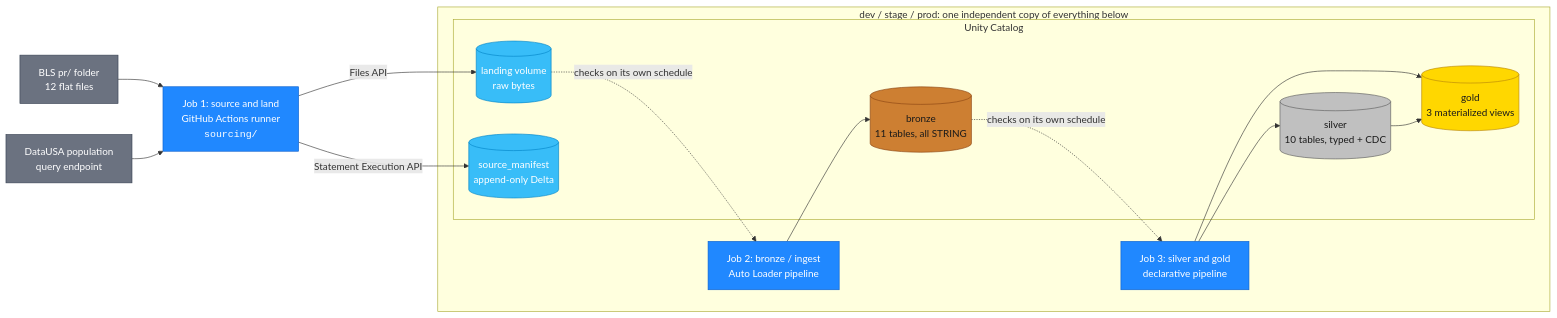
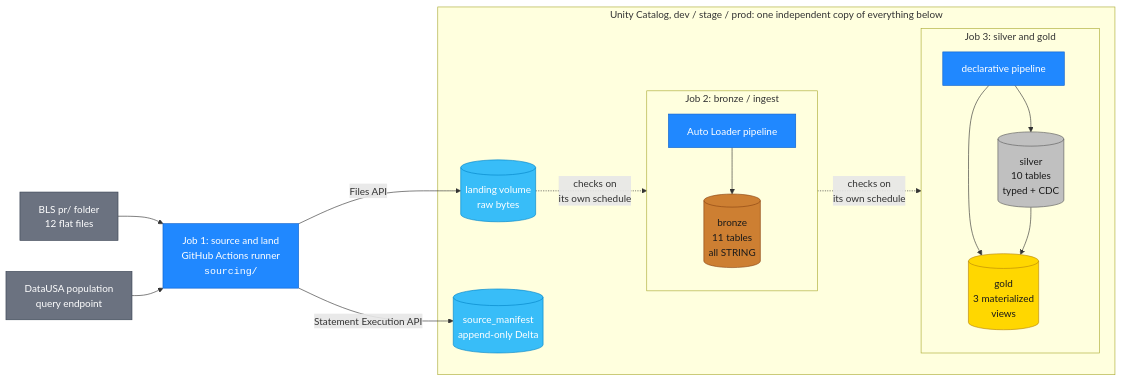
The first of 2 diagrams in README.md (schmucas/rearc_data_quest), drawn with Mermaid before and after one commit.

Commit message:
Cluster jobs 2 and 3 in the architecture diagram for readability
Job 2 and Job 3's internal nodes now sit inside their own subgraph with
direction TB, so the diagram uses more vertical space per stage instead
of one long horizontal chain. That also puts bronze and silver directly
adjacent (one dotted edge apart) instead of spread across the full
width, and shrinks the overall horizontal span, which was forcing the
whole diagram (and its text) to scale down to fit.

````diff
--- a/README.md
+++ b/README.md
@@ -66,40 +66,46 @@
 ```mermaid
 flowchart LR
   BLS["BLS pr/ folder<br/>12 flat files"]:::source
   API["DataUSA population<br/>query endpoint"]:::source
   BLS --> GHA
   API --> GHA
   GHA["Job 1: source and land<br/>GitHub Actions runner<br/><code>sourcing/</code>"]:::job
 
   GHA -->|Files API| VOL[("landing volume<br/>raw bytes")]:::storage
   GHA -->|Statement Execution API| MAN[("source_manifest<br/>append-only Delta")]:::storage
 
-  VOL -.->|checks on its own schedule| BJ
-  BJ["Job 2: bronze / ingest<br/>Auto Loader pipeline"]:::job
-  BJ --> BZ[("bronze<br/>11 tables, all STRING")]:::bronze
+  VOL -.->|checks on<br/>its own schedule| BJ
 
-  BZ -.->|checks on its own schedule| SJ
-  SJ["Job 3: silver and gold<br/>declarative pipeline"]:::job
-  SJ --> SV[("silver<br/>10 tables, typed + CDC")]:::silver
-  SJ --> GD[("gold<br/>3 materialized views")]:::gold
-  SV --> GD
+  subgraph J2["Job 2: bronze / ingest"]
+    direction TB
+    BJ["Auto Loader pipeline"]:::job
+    BZ[("bronze<br/>11 tables<br/>all STRING")]:::bronze
+    BJ --> BZ
+  end
 
-  subgraph ENV["dev / stage / prod: one independent copy of everything below"]
-    BJ
-    SJ
-    subgraph UC["Unity Catalog"]
-      VOL
-      MAN
-      BZ
-      SV
-      GD
-    end
+  BZ -.->|checks on<br/>its own schedule| SJ
+
+  subgraph J3["Job 3: silver and gold"]
+    direction TB
+    SJ["declarative pipeline"]:::job
+    SV[("silver<br/>10 tables<br/>typed + CDC")]:::silver
+    GD[("gold<br/>3 materialized<br/>views")]:::gold
+    SJ --> SV
+    SJ --> GD
+    SV --> GD
+  end
+
+  subgraph ENV["Unity Catalog, dev / stage / prod: one independent copy of everything below"]
+    VOL
+    MAN
+    J2
+    J3
   end
 
   classDef source fill:#6b7280,stroke:#374151,color:#ffffff
   classDef job fill:#2088ff,stroke:#0b5fcc,color:#ffffff
   classDef bronze fill:#cd7f32,stroke:#8b4513,color:#1a1a1a
   classDef silver fill:#c0c0c0,stroke:#5b5b5b,color:#1a1a1a
   classDef gold fill:#ffd700,stroke:#b8860b,color:#1a1a1a
   classDef storage fill:#38bdf8,stroke:#0284c7,color:#ffffff
 ```
````
